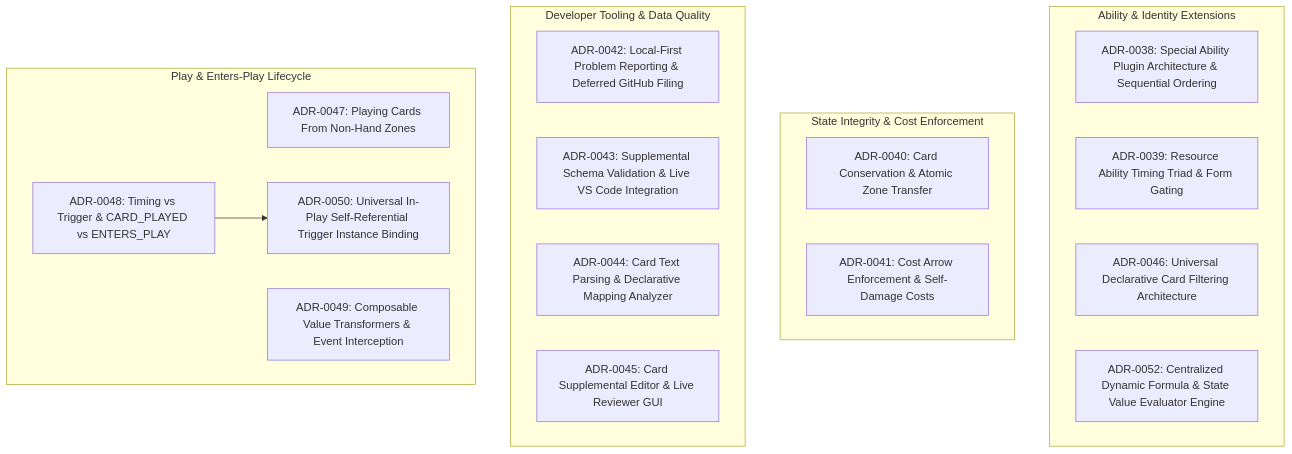
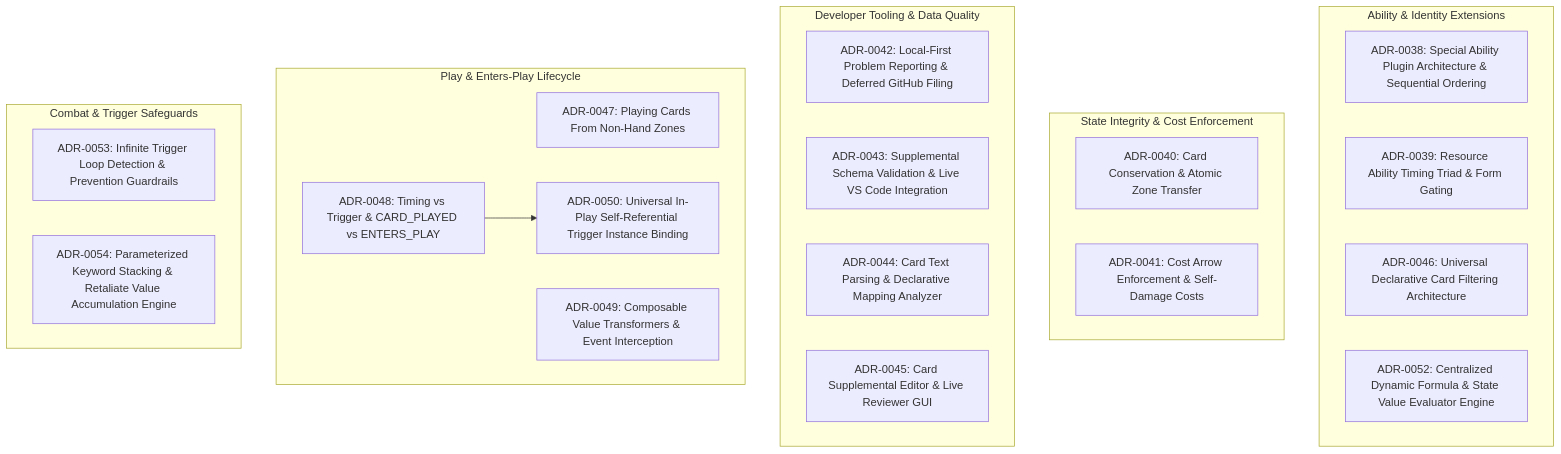
The sixth of 6 diagrams in docs/decisions/README.md (SteveRodrigue/MCD), drawn with Mermaid before and after one commit. The commit also changed other lines of this file and 17 other files, not shown here.

Commit message:
feat(engine): Formalize parameterized keyword stacking and Retaliate value accumulation (Closes #64)

````diff
--- a/docs/decisions/README.md
+++ b/docs/decisions/README.md
@@ -101,24 +101,28 @@
 ```mermaid
 graph TD
     subgraph Abilities["Ability & Identity Extensions"]
         ADR38["ADR-0038: Special Ability Plugin Architecture & Sequential Ordering"]
         ADR39["ADR-0039: Resource Ability Timing Triad & Form Gating"]
         ADR46["ADR-0046: Universal Declarative Card Filtering Architecture"]
         ADR52["ADR-0052: Centralized Dynamic Formula & State Value Evaluator Engine"]
     end
     subgraph Integrity["State Integrity & Cost Enforcement"]
         ADR40["ADR-0040: Card Conservation & Atomic Zone Transfer"]
         ADR41["ADR-0041: Cost Arrow Enforcement & Self-Damage Costs"]
     end
     subgraph DevTooling["Developer Tooling & Data Quality"]
         ADR42["ADR-0042: Local-First Problem Reporting & Deferred GitHub Filing"]
         ADR43["ADR-0043: Supplemental Schema Validation & Live VS Code Integration"]
         ADR44["ADR-0044: Card Text Parsing & Declarative Mapping Analyzer"]
         ADR45["ADR-0045: Card Supplemental Editor & Live Reviewer GUI"]
     end
     subgraph Lifecycle["Play & Enters-Play Lifecycle"]
         ADR47["ADR-0047: Playing Cards From Non-Hand Zones"]
         ADR48["ADR-0048: Timing vs Trigger & CARD_PLAYED vs ENTERS_PLAY"] --> ADR50["ADR-0050: Universal In-Play Self-Referential Trigger Instance Binding"]
         ADR49["ADR-0049: Composable Value Transformers & Event Interception"]
     end
+    subgraph CombatTriggers["Combat & Trigger Safeguards"]
+        ADR53["ADR-0053: Infinite Trigger Loop Detection & Prevention Guardrails"]
+        ADR54["ADR-0054: Parameterized Keyword Stacking & Retaliate Value Accumulation Engine"]
+    end
 ```
````
